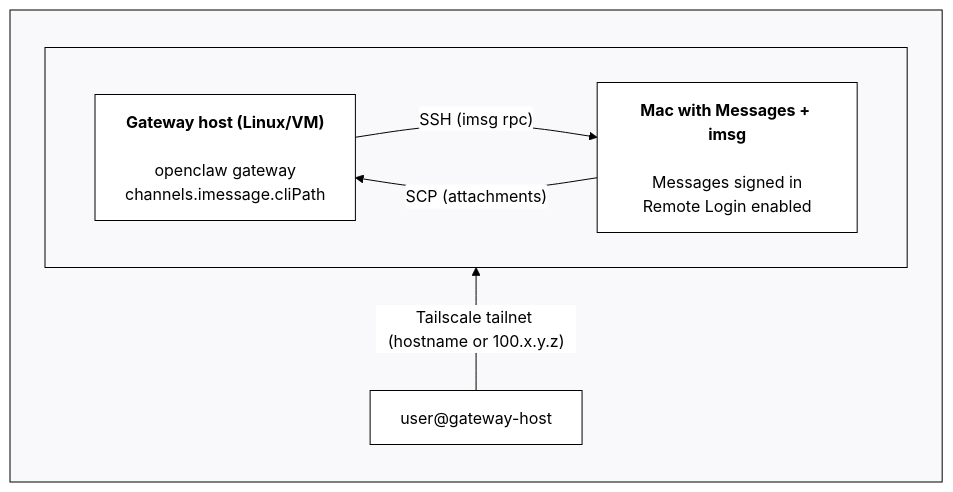
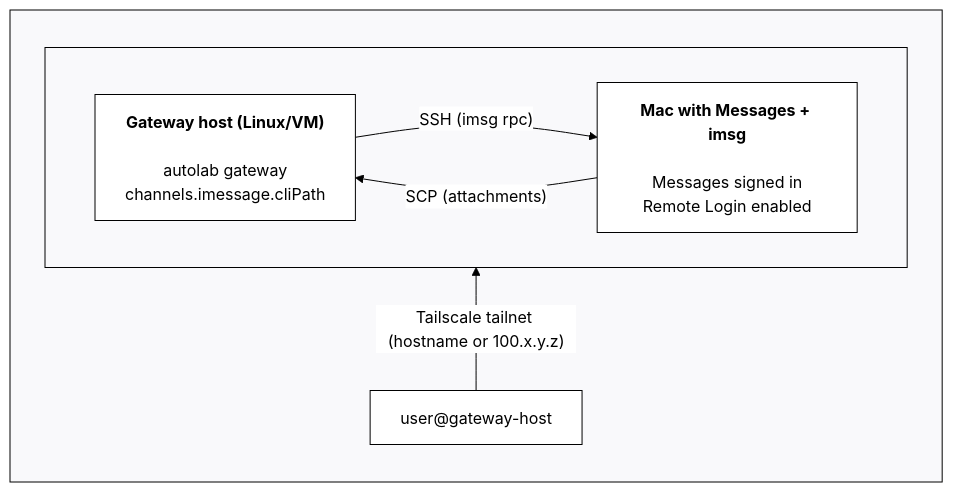
Before and after one commit to dvallier-ai/autolab-public: the diagram in .rebrand-final-20260209-115315/docs/channels/imessage.md, drawn with Mermaid. The commit also changed other lines of this file and 6987 other files, not shown here.

First line of the commit message:
rebrand: complete openclaw → autolab rename across entire codebase

````diff
--- a/.rebrand-final-20260209-115315/docs/channels/imessage.md
+++ b/.rebrand-final-20260209-115315/docs/channels/imessage.md
@@ -175,30 +175,30 @@
 ```mermaid
 %%{init: {
   'theme': 'base',
   'themeVariables': {
     'primaryColor': '#ffffff',
     'primaryTextColor': '#000000',
     'primaryBorderColor': '#000000',
     'lineColor': '#000000',
     'secondaryColor': '#f9f9fb',
     'tertiaryColor': '#ffffff',
     'clusterBkg': '#f9f9fb',
     'clusterBorder': '#000000',
     'nodeBorder': '#000000',
     'mainBkg': '#ffffff',
     'edgeLabelBackground': '#ffffff'
   }
 }}%%
 flowchart TB
  subgraph T[" "]
  subgraph Tailscale[" "]
     direction LR
-      Gateway["<b>Gateway host (Linux/VM)<br></b><br>openclaw gateway<br>channels.imessage.cliPath"]
+      Gateway["<b>Gateway host (Linux/VM)<br></b><br>autolab gateway<br>channels.imessage.cliPath"]
       Mac["<b>Mac with Messages + imsg<br></b><br>Messages signed in<br>Remote Login enabled"]
   end
     Gateway -- SSH (imsg rpc) --> Mac
     Mac -- SCP (attachments) --> Gateway
     direction BT
     User["user@gateway-host"] -- "Tailscale tailnet (hostname or 100.x.y.z)" --> Gateway
 end
 ```
````
